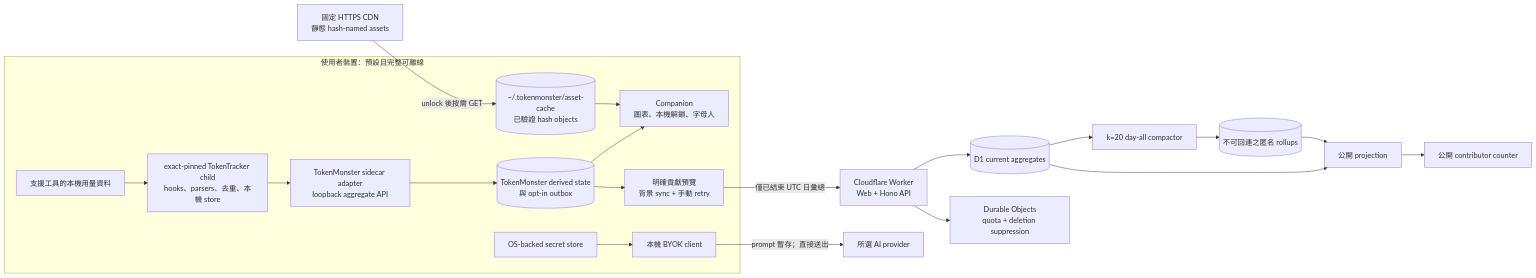
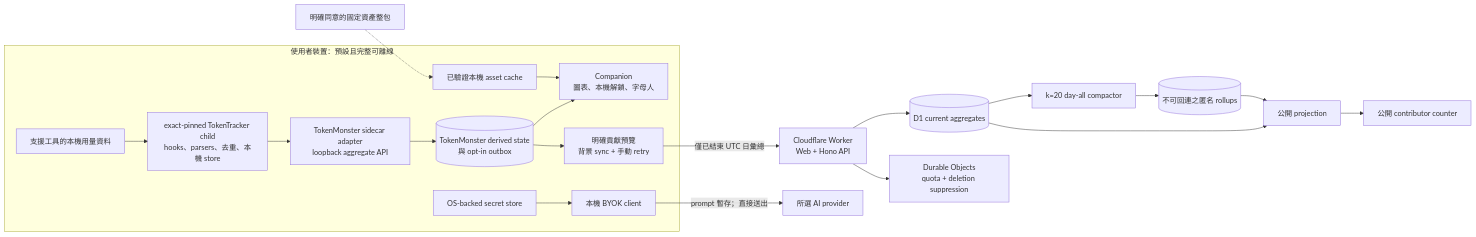
Before and after one commit to teddashh/TokenMonster: the diagram in README.md, drawn with Mermaid. The commit also changed other lines of this file and 11 other files, not shown here.

````diff
--- a/README.md
+++ b/README.md
@@ -88,31 +97,31 @@
 ```mermaid
 flowchart LR
   subgraph Local[使用者裝置：預設且完整可離線]
     Logs[支援工具的本機用量資料]
     Tracker[exact-pinned TokenTracker child\nhooks、parsers、去重、本機 store]
     Adapter[TokenMonster sidecar adapter\nloopback aggregate API]
     State[(TokenMonster derived state\n與 opt-in outbox)]
     UI[Companion\n圖表、本機解鎖、字母人]
     Cache[(~/.tokenmonster/asset-cache\n已驗證 hash objects)]
     Preview[明確貢獻預覽\n背景 sync + 手動 retry]
     Vault[OS-backed secret store]
     BYOK[本機 BYOK client]
     Logs --> Tracker --> Adapter
     Adapter --> State
     State --> UI
     Cache --> UI
     State --> Preview
     Vault --> BYOK
   end
 
   Preview -->|僅已結束 UTC 日彙總| Worker[Cloudflare Worker\nWeb + Hono API]
   Worker --> D1[(D1 current aggregates)]
   Worker --> DO[Durable Objects\nquota + deletion suppression]
   D1 --> Compact[k=20 day-all compactor]
   Compact --> Rollups[(不可回連之匿名 rollups)]
   D1 --> Projection[公開 projection]
   Rollups --> Projection
   Projection --> Public[公開 contributor counter]
   BYOK -->|prompt 暫存；直接送出| Provider[所選 AI provider]
-  CDN[固定 HTTPS CDN\n靜態 hash-named assets] -->|unlock 後按需 GET| Cache
+  Pack[明確同意的固定資產整包] -.-> Cache[已驗證本機 asset cache]
 ```
````
